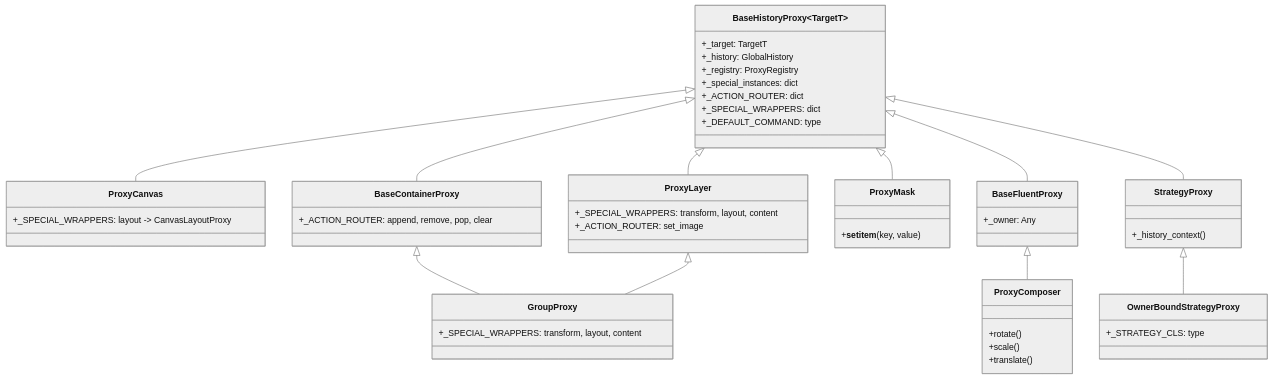
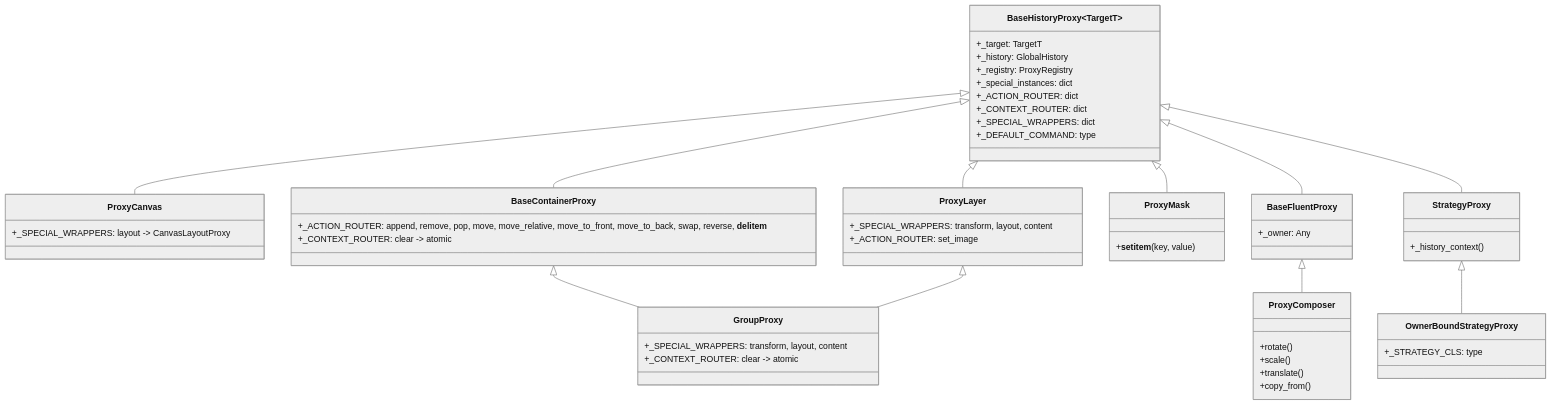
The diagram in docs/proxy.md (turpek/anicrop), drawn with Mermaid (neutral theme) before and after one commit. The commit also changed other lines of this file and 2 other files, not shown here.

Commit message:
docs(dev): documenta _CONTEXT_ROUTER, mutadores de container e conclui sub-tarefa 30.1

````diff
--- a/docs/proxy.md
+++ b/docs/proxy.md
@@ -22,63 +22,67 @@
 ```mermaid
 classDiagram
     direction TB
     class BaseHistoryProxy~TargetT~ {
         +_target: TargetT
         +_history: GlobalHistory
         +_registry: ProxyRegistry
         +_special_instances: dict
         +_ACTION_ROUTER: dict
+        +_CONTEXT_ROUTER: dict
         +_SPECIAL_WRAPPERS: dict
         +_DEFAULT_COMMAND: type
     }
 
     class ProxyCanvas {
         +_SPECIAL_WRAPPERS: layout -> CanvasLayoutProxy
     }
 
     class ProxyLayer {
         +_SPECIAL_WRAPPERS: transform, layout, content
         +_ACTION_ROUTER: set_image
     }
 
     class BaseContainerProxy {
-        +_ACTION_ROUTER: append, remove, pop, clear
+        +_ACTION_ROUTER: append, remove, pop, move, move_relative, move_to_front, move_to_back, swap, reverse, __delitem__
+        +_CONTEXT_ROUTER: clear -> atomic
     }
 
     class GroupProxy {
         +_SPECIAL_WRAPPERS: transform, layout, content
+        +_CONTEXT_ROUTER: clear -> atomic
     }
 
     class ProxyMask {
         +__setitem__(key, value)
     }
 
     class BaseFluentProxy {
         +_owner: Any
     }
 
     class ProxyComposer {
         +rotate()
         +scale()
         +translate()
+        +copy_from()
     }
 
     class StrategyProxy {
         +_history_context()
     }
 
     class OwnerBoundStrategyProxy {
         +_STRATEGY_CLS: type
     }
 
     BaseHistoryProxy <|-- ProxyCanvas
     BaseHistoryProxy <|-- ProxyLayer
     BaseHistoryProxy <|-- BaseContainerProxy
     BaseContainerProxy <|-- GroupProxy
     ProxyLayer <|-- GroupProxy
     BaseHistoryProxy <|-- ProxyMask
     BaseHistoryProxy <|-- BaseFluentProxy
     BaseFluentProxy <|-- ProxyComposer
     BaseHistoryProxy <|-- StrategyProxy
     StrategyProxy <|-- OwnerBoundStrategyProxy
 ```
````
